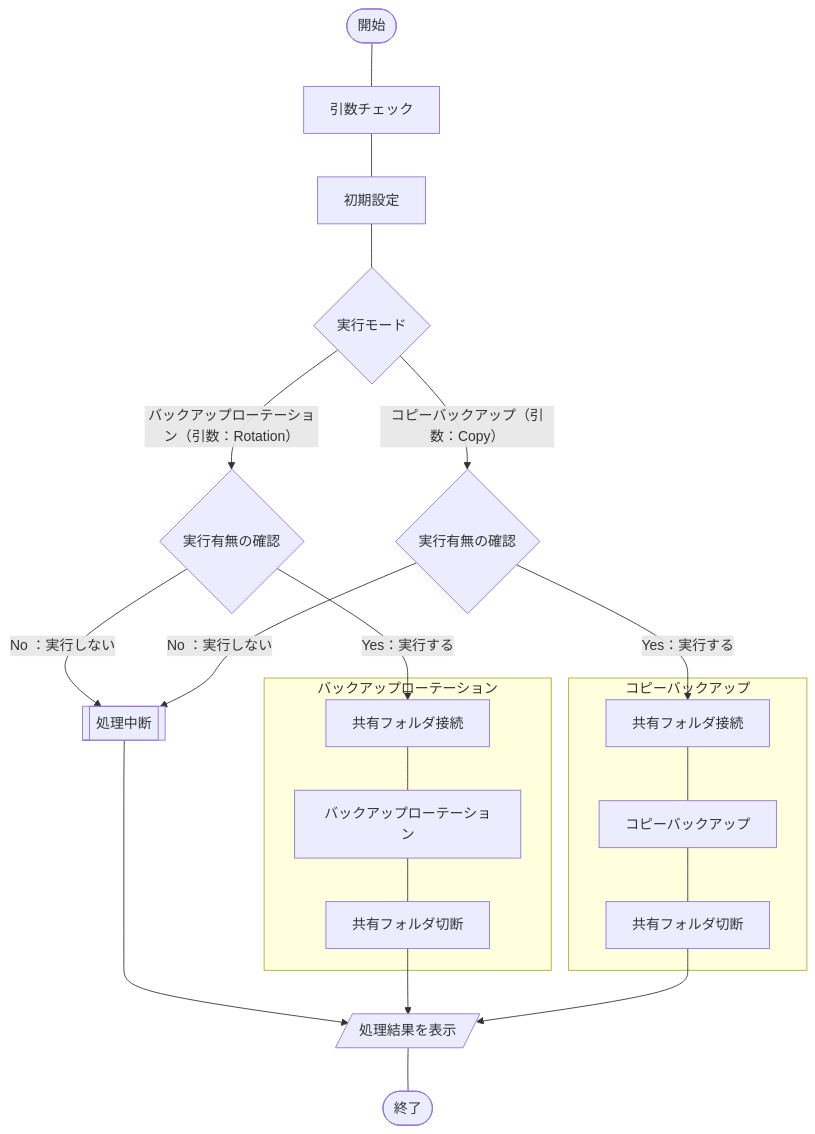
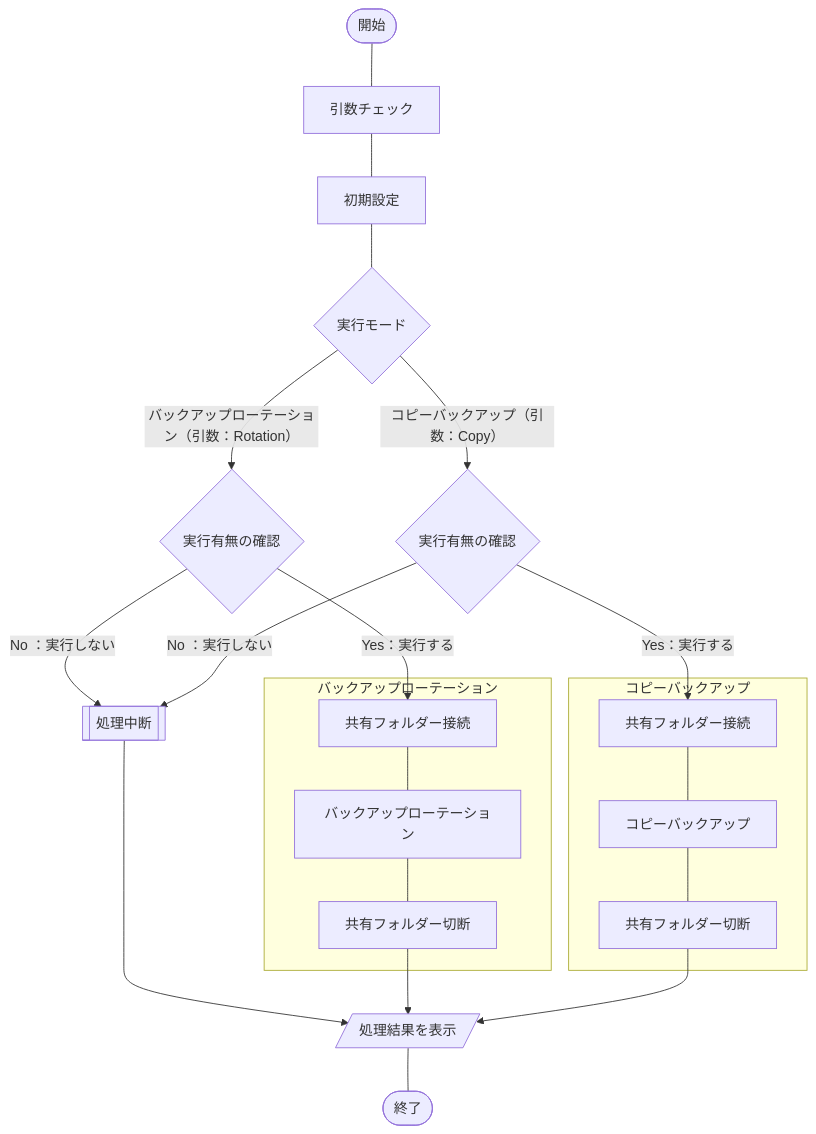
The second of 2 diagrams in articles/d93f7608754bff.md (akiGAMEBOY/haretokidoki_zn), drawn with Mermaid before and after one commit. The commit also changed other lines of this file and 15 other files, not shown here.

````diff
--- a/articles/d93f7608754bff.md
+++ b/articles/d93f7608754bff.md
@@ -50,24 +50,24 @@
 ```mermaid
 flowchart TB
     A(["開始"]) --- B["引数チェック"]
     B --- C["初期設定"]
     C --- D{"実行モード"}
     D --> |"バックアップローテーション（引数：Rotation）"| E{"実行有無の確認"}
-    E --> |"Yes：実行する"| F["共有フォルダ接続"]
+    E --> |"Yes：実行する"| F["共有フォルダー接続"]
     E --> |"No ：実行しない"| M[["処理中断"]]
     D --> |"コピーバックアップ（引数：Copy）"| I{"実行有無の確認"}
-    I --> |"Yes：実行する"| J["共有フォルダ接続"]
+    I --> |"Yes：実行する"| J["共有フォルダー接続"]
     I --> |"No ：実行しない"| M[["処理中断"]]
     subgraph "バックアップローテーション"
     F --- G["バックアップローテーション"]
-    G --- H["共有フォルダ切断"]
+    G --- H["共有フォルダー切断"]
     end
     subgraph "コピーバックアップ"
     J --- K["コピーバックアップ"]
-    K --- L["共有フォルダ切断"]
+    K --- L["共有フォルダー切断"]
     end
     M -->  O[/"処理結果を表示"/]
     H -->  O
     L -->  O
     O --- P(["終了"])
 ```
````
